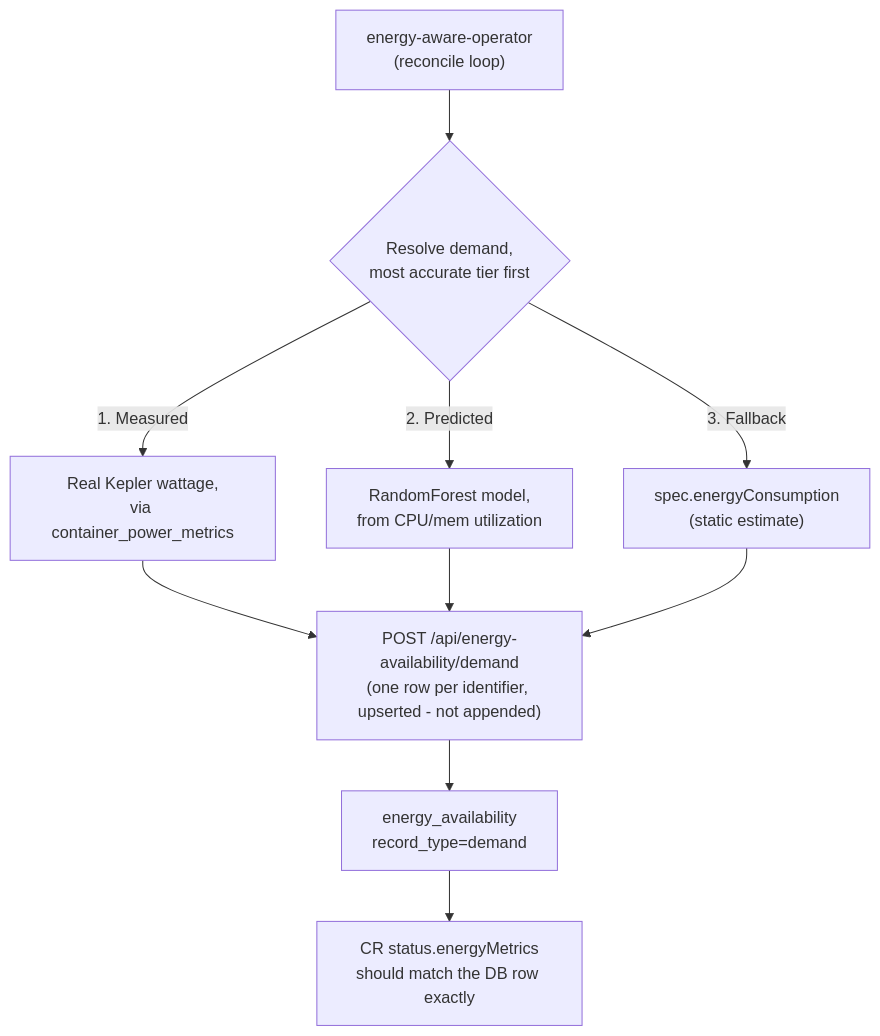
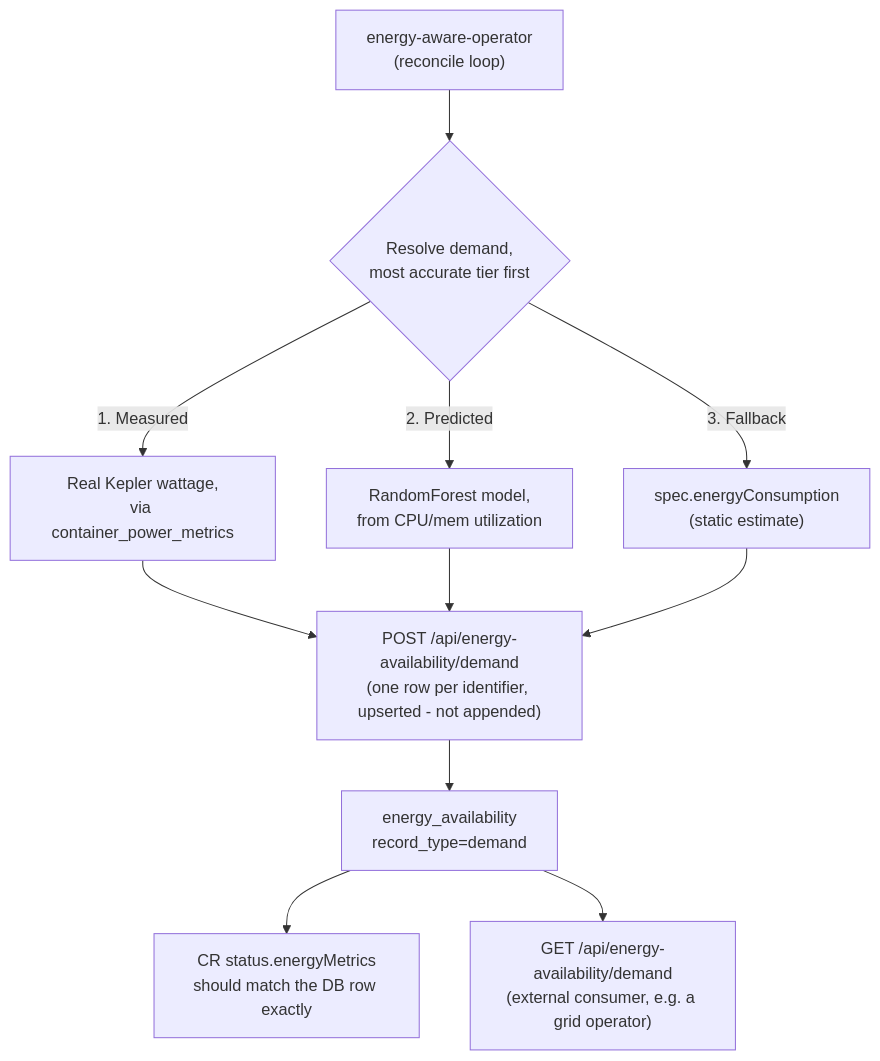
Before and after one commit to HIRO-MicroDataCenters-BV/energy-aware-orchestrator: the fifth of 7 diagrams in E2E_DEMO.md, drawn with Mermaid. The commit also changed other lines of this file and 4 other files, not shown here.

Commit message:
Fix a FastAPI route-ordering bug that made GET /demand unreachable, document the new endpoint in both READMEs, and extend Scenario 5 of the demo to exercise it

````diff
--- a/E2E_DEMO.md
+++ b/E2E_DEMO.md
@@ -348,12 +348,13 @@
 ```mermaid
 flowchart TD
     A["energy-aware-operator<br/>(reconcile loop)"] --> B{"Resolve demand,<br/>most accurate tier first"}
     B -->|"1. Measured"| B1["Real Kepler wattage,<br/>via container_power_metrics"]
     B -->|"2. Predicted"| B2["RandomForest model,<br/>from CPU/mem utilization"]
     B -->|"3. Fallback"| B3["spec.energyConsumption<br/>(static estimate)"]
     B1 --> C["POST /api/energy-availability/demand<br/>(one row per identifier, upserted - not appended)"]
     B2 --> C
     B3 --> C
     C --> D["energy_availability<br/>record_type=demand"]
     D --> E["CR status.energyMetrics<br/>should match the DB row exactly"]
+    D --> H["GET /api/energy-availability/demand<br/>(external consumer, e.g. a grid operator)"]
 ```
````
